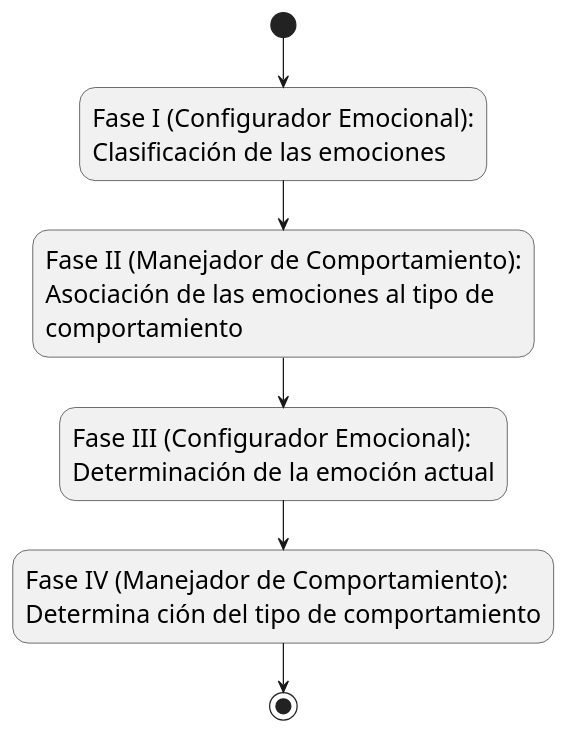
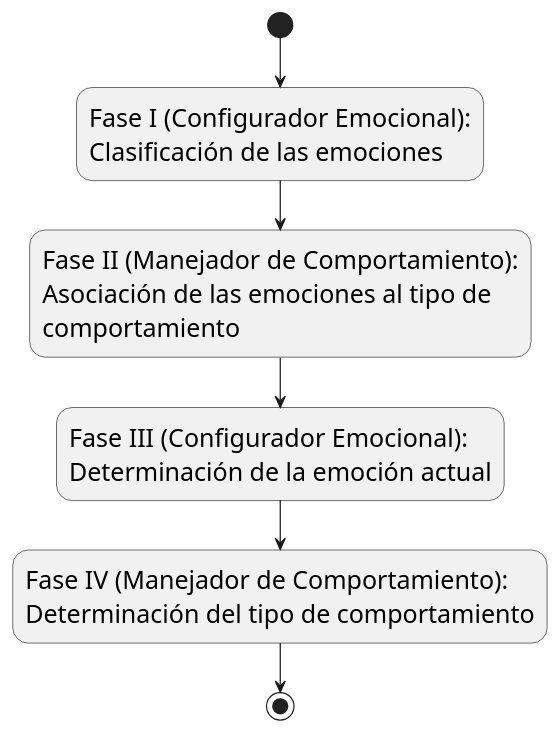
The diagram in src/main/ilustraciones/diagramas-puml/compunente-conductual.puml (sauljabin/implementacion-modelo-afectivo-de-masoes-documento), drawn with PlantUML before and after one commit.

Commit message:
Corrección menor

```diff
--- a/src/main/ilustraciones/diagramas-puml/compunente-conductual.puml
+++ b/src/main/ilustraciones/diagramas-puml/compunente-conductual.puml
@@ -1,20 +1,20 @@
 @startuml
 
 skinparam defaultFontSize 20
 
 (*) --> "Fase I (Configurador Emocional):
 Clasificación de las emociones" as fase1
 
 fase1 --> "Fase II (Manejador de Comportamiento):
 Asociación de las emociones al tipo de
 comportamiento" as fase2
 
 fase2 --> "Fase III (Configurador Emocional):
 Determinación de la emoción actual" as fase3
 
 fase3 --> "Fase IV (Manejador de Comportamiento):
-Determina ción del tipo de comportamiento" as fase4
+Determinación del tipo de comportamiento" as fase4
 
 fase4 --> (*)
 
 @enduml
```
